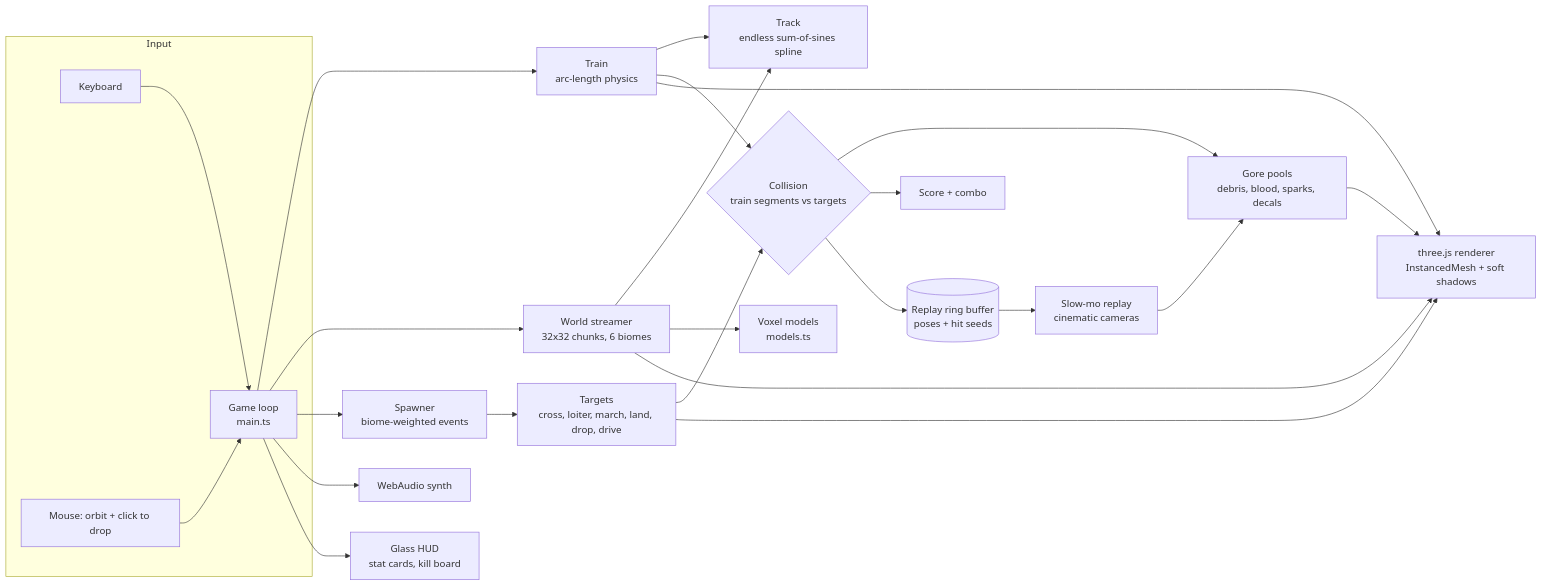
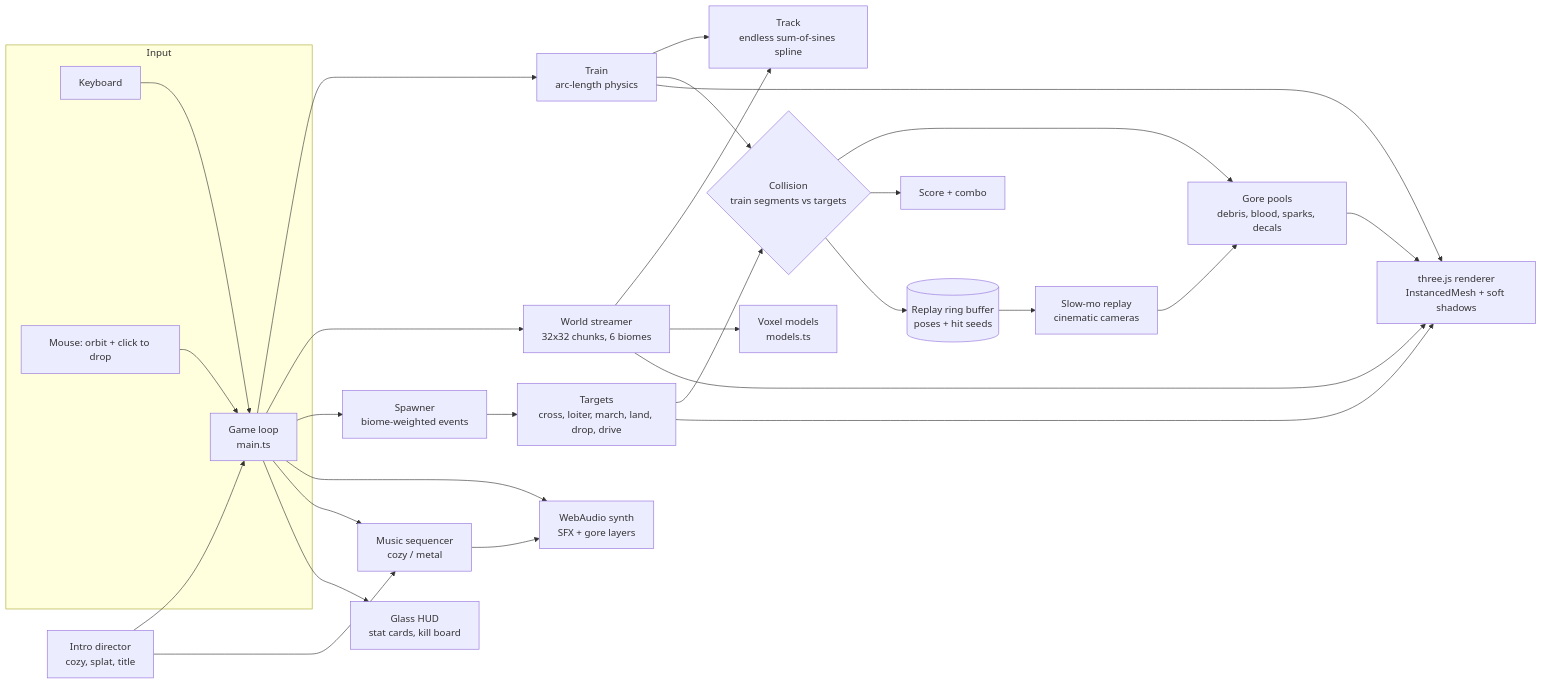
Before and after one commit to nixfred/murder-train: the diagram in README.md, drawn with Mermaid. The commit also changed other lines of this file and 30 other files, not shown here.

Commit message:
Murder Train: rename, procedural soundtrack, wet gore audio, cozy-to-carnage intro, docs

````diff
--- a/README.md
+++ b/README.md
@@ -91,24 +108,28 @@
 ```mermaid
 flowchart LR
     subgraph Input
       K[Keyboard] --> G
       P[Mouse: orbit + click to drop] --> G
     end
+    IN[Intro director<br/>cozy, splat, title] --> G
+    IN --> MU
     G[Game loop<br/>main.ts] --> TR[Train<br/>arc-length physics]
     TR --> T[Track<br/>endless sum-of-sines spline]
     G --> W[World streamer<br/>32x32 chunks, 6 biomes]
     W --> T
     W --> MD[Voxel models<br/>models.ts]
     G --> SP[Spawner<br/>biome-weighted events]
     SP --> TG[Targets<br/>cross, loiter, march, land, drop, drive]
     TG --> C{Collision<br/>train segments vs targets}
     TR --> C
     C --> GO[Gore pools<br/>debris, blood, sparks, decals]
     C --> SC[Score + combo]
     C --> RB[(Replay ring buffer<br/>poses + hit seeds)]
     RB --> RP[Slow-mo replay<br/>cinematic cameras]
     RP --> GO
-    G --> AU[WebAudio synth]
+    G --> AU[WebAudio synth<br/>SFX + gore layers]
+    G --> MU[Music sequencer<br/>cozy / metal]
+    MU --> AU
     G --> HUD[Glass HUD<br/>stat cards, kill board]
     W & TR & TG & GO --> R[three.js renderer<br/>InstancedMesh + soft shadows]
 ```
````
